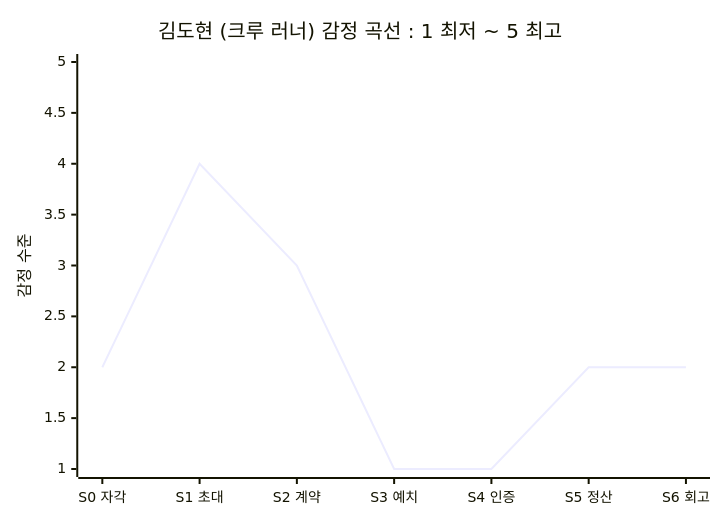
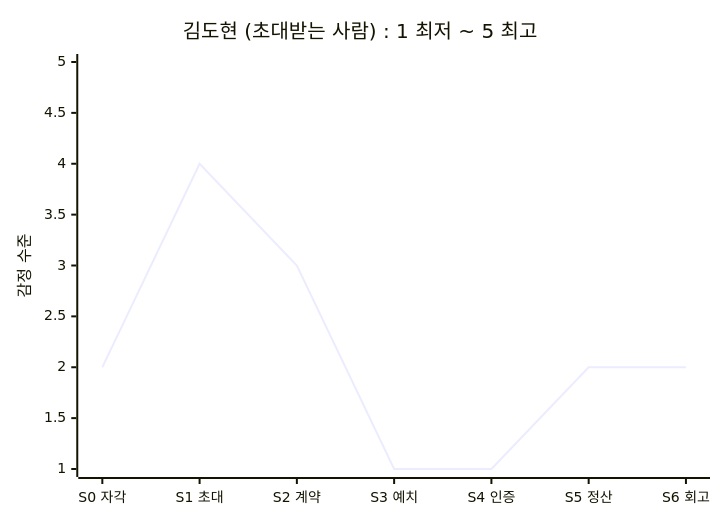
The third of 3 diagrams in 05-personas/customer-journey-map.md (new-rim/business-research-practice-2026-sesac), drawn with Mermaid before and after one commit. The commit also changed other lines of this file, not shown here.

````diff
--- a/05-personas/customer-journey-map.md
+++ b/05-personas/customer-journey-map.md
@@ -150,7 +167,7 @@
 ```mermaid
 xychart-beta
-    title "김도현 (크루 러너) 감정 곡선 : 1 최저 ~ 5 최고"
+    title "김도현 (초대받는 사람) : 1 최저 ~ 5 최고"
     x-axis ["S0 자각", "S1 초대", "S2 계약", "S3 예치", "S4 인증", "S5 정산", "S6 회고"]
     y-axis "감정 수준" 1 --> 5
     line [2, 4, 3, 1, 1, 2, 2]
 ```
````
